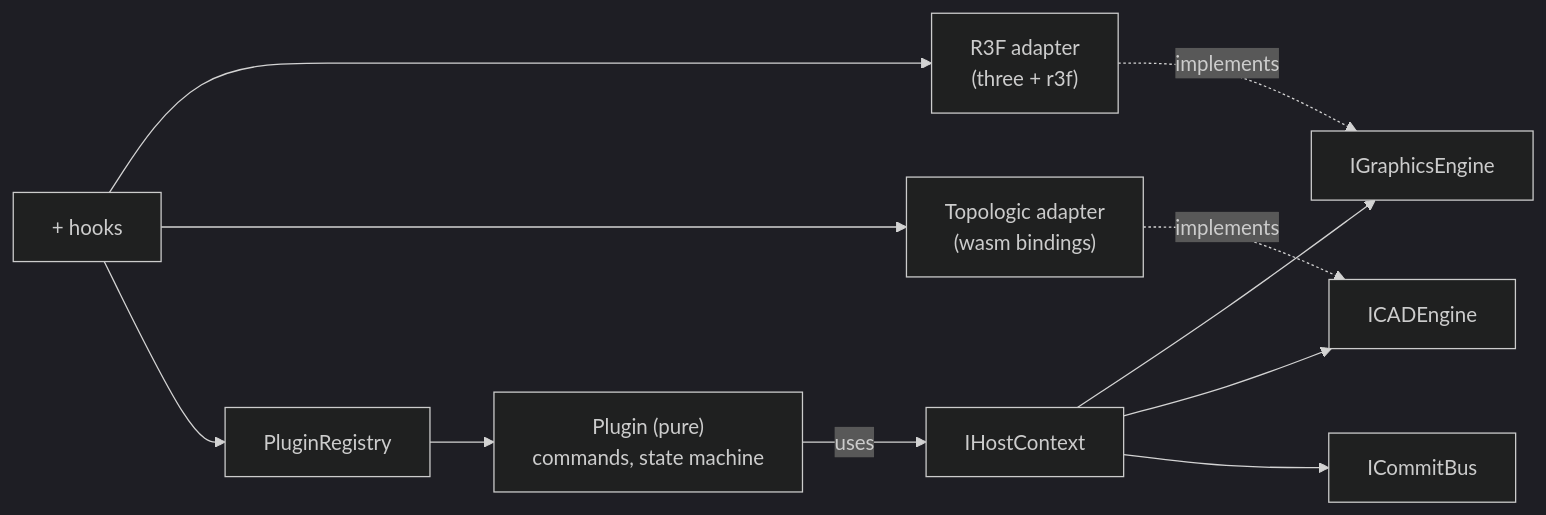
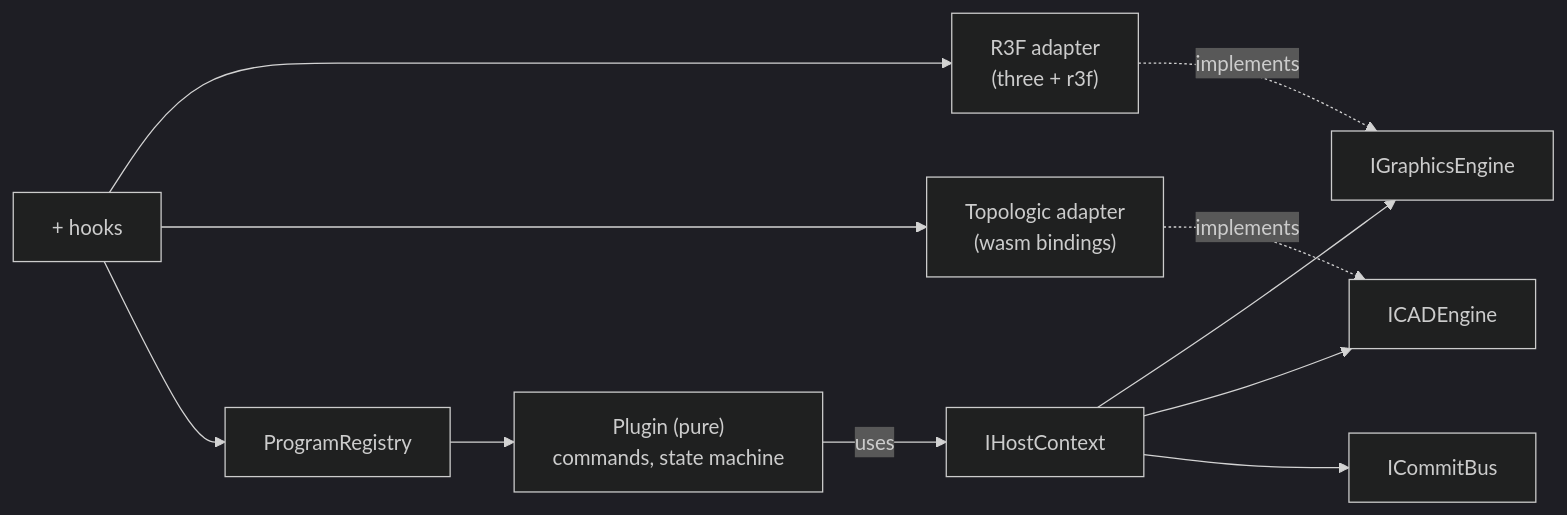
Before and after one commit to usalu/semio: the diagram in .cursor/plans/cad_engine_with_plugins_9d17ed8c.plan.md, drawn with Mermaid (dark theme). The commit also changed other lines of this file and 1361 other files, not shown here.

````diff
--- a/.cursor/plans/cad_engine_with_plugins_9d17ed8c.plan.md
+++ b/.cursor/plans/cad_engine_with_plugins_9d17ed8c.plan.md
@@ -39,13 +39,13 @@
 ```mermaid
 flowchart LR
   Plugin["Plugin (pure)<br/>commands, state machine"] -->|uses| IHost["IHostContext"]
   IHost --> IGfx["IGraphicsEngine"]
   IHost --> ICad["ICADEngine"]
   IHost --> Bus["ICommitBus"]
   R3FAdapter["R3F adapter<br/>(three + r3f)"] -.implements.-> IGfx
   TopoAdapter["Topologic adapter<br/>(wasm bindings)"] -.implements.-> ICad
   CadCanvas["<CadCanvas/> + hooks"] --> R3FAdapter
   CadCanvas --> TopoAdapter
-  CadCanvas --> Registry["PluginRegistry"]
+  CadCanvas --> Registry["ProgramRegistry"]
   Registry --> Plugin
 ```
````
